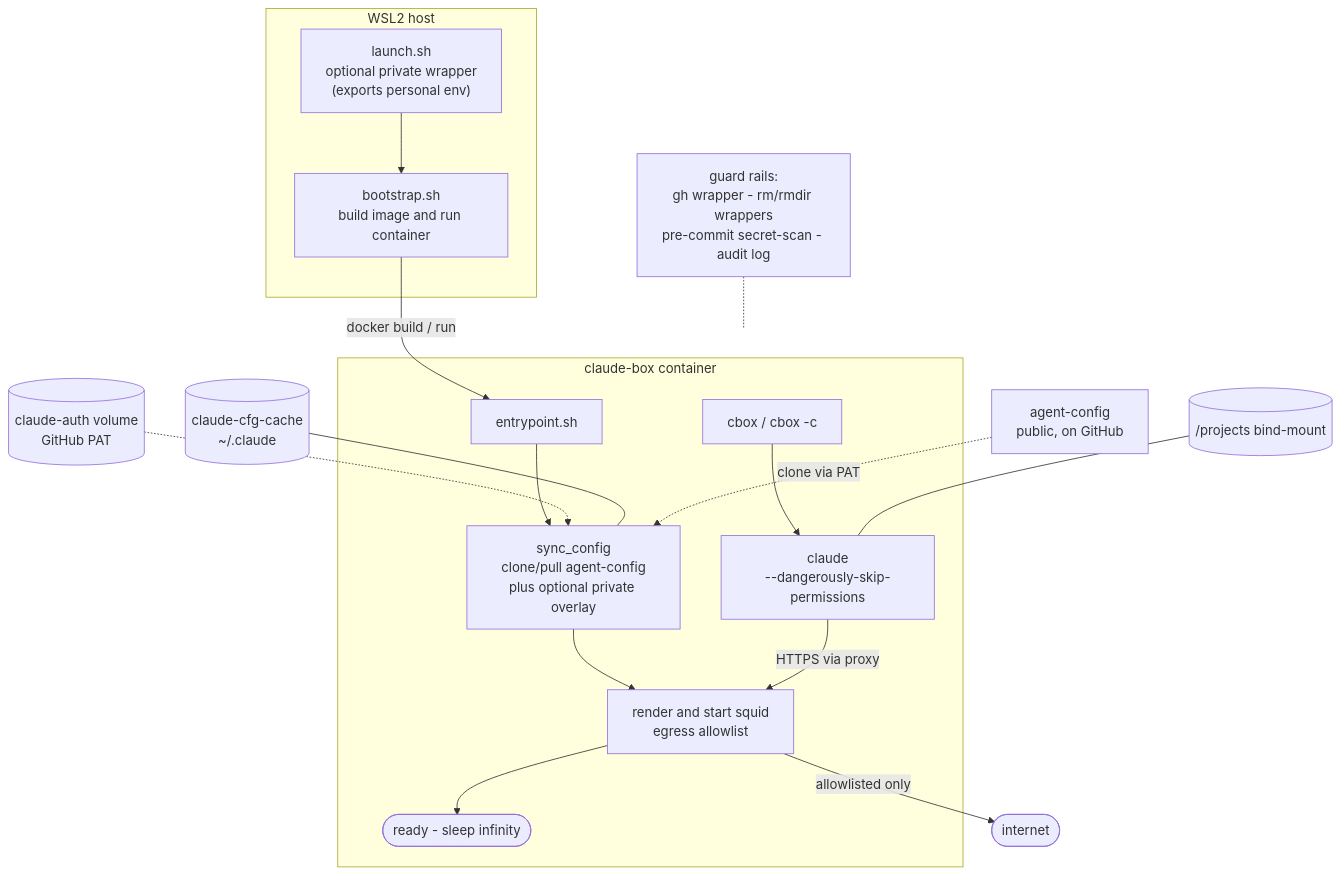
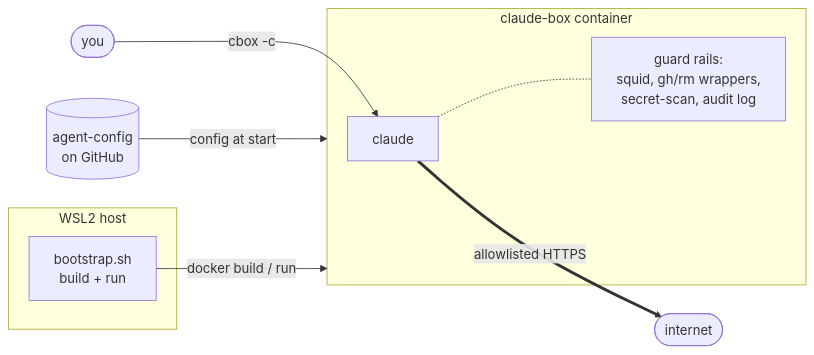
The first of 3 diagrams in README.md (curtyo18/agent-sandbox), drawn with Mermaid before and after one commit. The commit also changed other lines of this file, not shown here.

First line of the commit message:
Split the README architecture diagram into three focused ones

````diff
--- a/README.md
+++ b/README.md
@@ -15,23 +15,15 @@
 ```mermaid
-flowchart TD
+flowchart LR
     subgraph host["WSL2 host"]
-        L["launch.sh<br/>optional private wrapper<br/>(exports personal env)"] --> B["bootstrap.sh<br/>build image and run container"]
+        BOOT["bootstrap.sh<br/>build + run"]
     end
-    B -->|docker build / run| E
-
     subgraph ctr["claude-box container"]
-        E["entrypoint.sh"] --> S["sync_config<br/>clone/pull agent-config<br/>plus optional private overlay"]
-        S --> Q["render and start squid<br/>egress allowlist"]
-        Q --> R(["ready - sleep infinity"])
-        CB["cbox / cbox -c"] --> CL["claude<br/>--dangerously-skip-permissions"]
+        CL["claude"]
+        GR["guard rails:<br/>squid, gh/rm wrappers,<br/>secret-scan, audit log"]
     end
-
-    PAT[("claude-auth volume<br/>GitHub PAT")] -.-> S
-    CFG[("claude-cfg-cache<br/>~/.claude")] --- S
-    PROJ[("/projects bind-mount")] --- CL
-    GH["agent-config<br/>public, on GitHub"] -.->|clone via PAT| S
-    CL -->|HTTPS via proxy| Q
-    Q -->|allowlisted only| NET([internet])
-
-    GR["guard rails:<br/>gh wrapper - rm/rmdir wrappers<br/>pre-commit secret-scan - audit log"] -.- ctr
+    GH[("agent-config<br/>on GitHub")] -->|config at start| ctr
+    BOOT -->|docker build / run| ctr
+    you(["you"]) -->|cbox -c| CL
+    CL -.- GR
+    CL ==>|allowlisted HTTPS| NET([internet])
 ```
````
